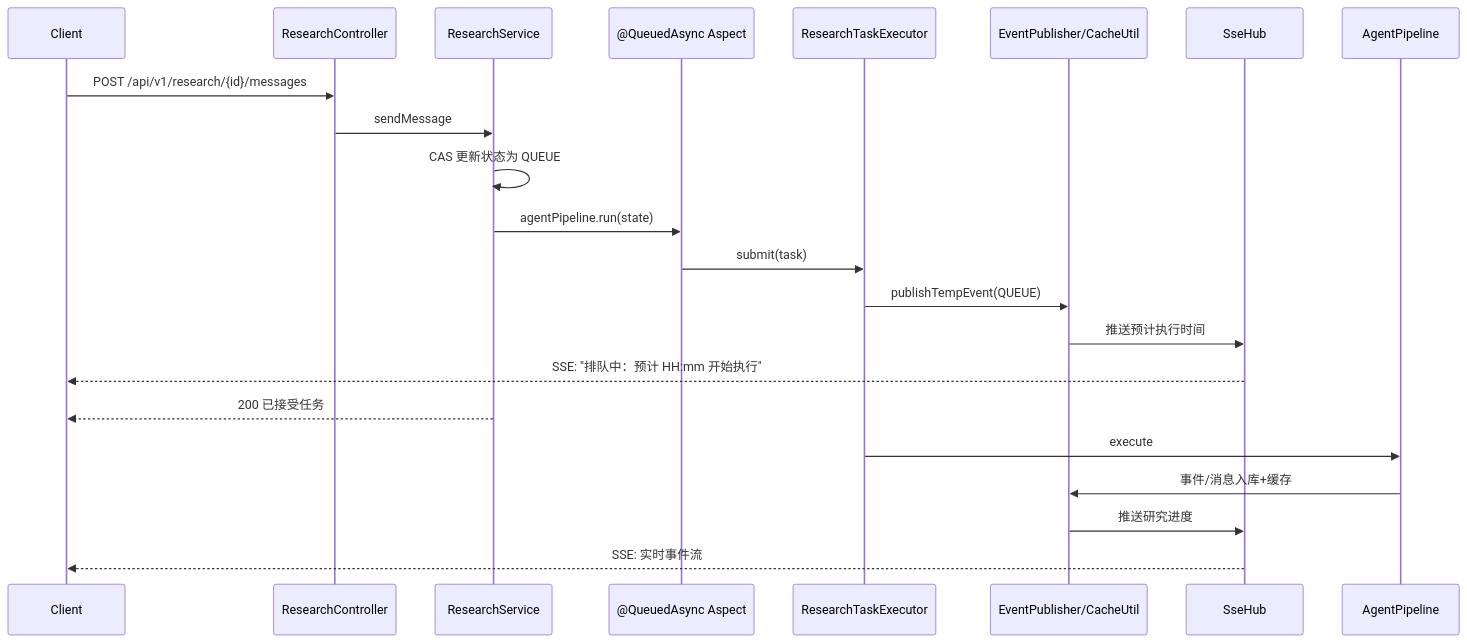
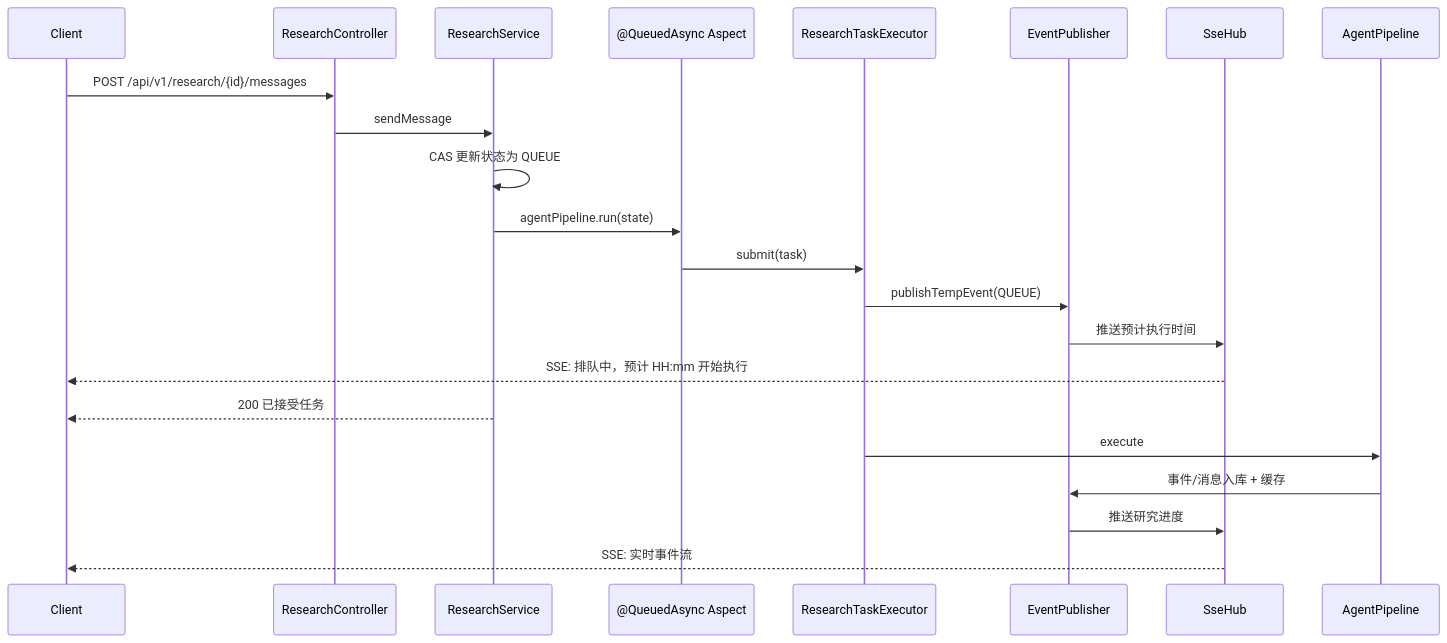
The third of 6 diagrams in README.md (haotangyuan/KnowNote), drawn with Mermaid before and after one commit. The commit also changed other lines of this file, not shown here.

````diff
--- a/README.md
+++ b/README.md
@@ -109,26 +120,26 @@
 ```mermaid
 sequenceDiagram
     participant C as Client
     participant RC as ResearchController
     participant RS as ResearchService
     participant AOP as @QueuedAsync Aspect
     participant Q as ResearchTaskExecutor
-    participant EP as EventPublisher/CacheUtil
+    participant EP as EventPublisher
     participant S as SseHub
     participant P as AgentPipeline
 
     C->>RC: POST /api/v1/research/{id}/messages
     RC->>RS: sendMessage
     RS->>RS: CAS 更新状态为 QUEUE
     RS->>AOP: agentPipeline.run(state)
     AOP->>Q: submit(task)
     Q->>EP: publishTempEvent(QUEUE)
     EP->>S: 推送预计执行时间
-    S-->>C: SSE: "排队中：预计 HH:mm 开始执行"
+    S-->>C: SSE: 排队中，预计 HH:mm 开始执行
     RS-->>C: 200 已接受任务
-    
+
     Q->>P: execute
-    P->>EP: 事件/消息入库+缓存
+    P->>EP: 事件/消息入库 + 缓存
     EP->>S: 推送研究进度
     S-->>C: SSE: 实时事件流
 ```
````
